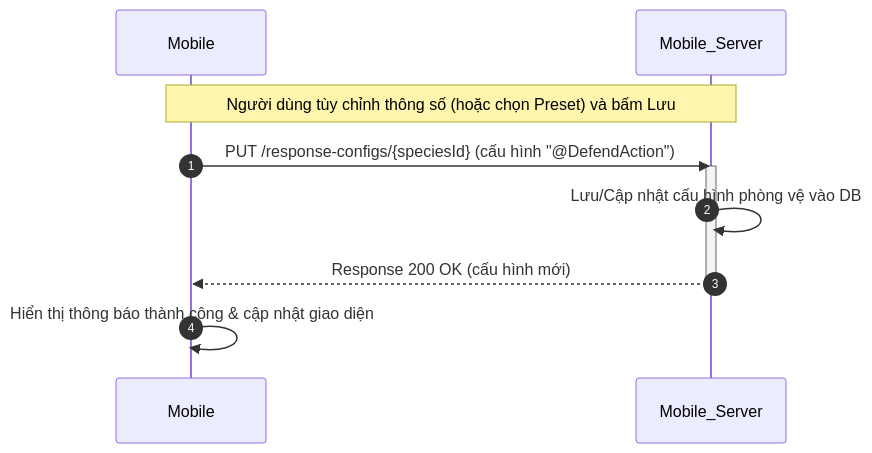
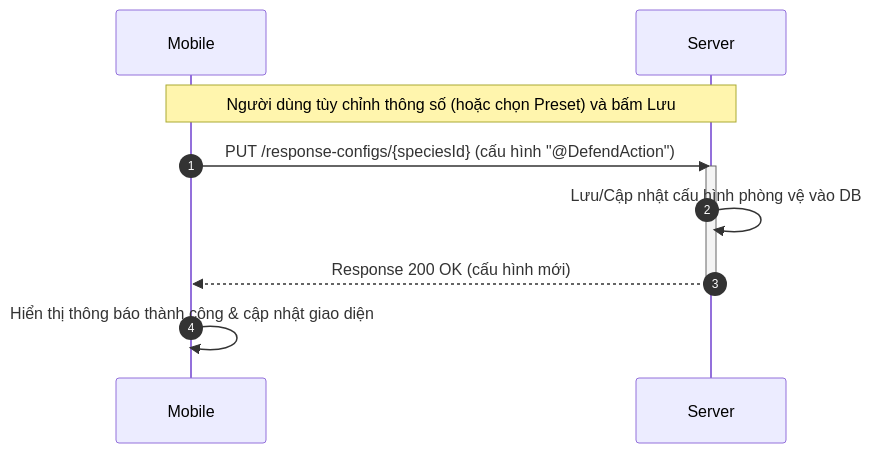
Before and after one commit to trungnguyenthien/Wildlife-Warning-and-Deterrence-System: diagram 13 of 18 in docs/04-sequence-diagram.md, drawn with Mermaid. The commit also changed other lines of this file, not shown here.

Commit message:
docs: update sequence diagram to reflect latest system workflow changes

````diff
--- a/docs/04-sequence-diagram.md
+++ b/docs/04-sequence-diagram.md
@@ -507,14 +507,14 @@
 ```mermaid
 sequenceDiagram
     autonumber
     participant Mobile as Mobile
-    participant Mobile_Server as Mobile_Server
+    participant Server as Server
 
-    Note over Mobile, Mobile_Server: Người dùng tùy chỉnh thông số (hoặc chọn Preset) và bấm Lưu
-    Mobile->>Mobile_Server: PUT /response-configs/{speciesId} (cấu hình "@DefendAction")
-    activate Mobile_Server
-    Mobile_Server->>Mobile_Server: Lưu/Cập nhật cấu hình phòng vệ vào DB
-    Mobile_Server-->>Mobile: Response 200 OK (cấu hình mới)
-    deactivate Mobile_Server
+    Note over Mobile, Server: Người dùng tùy chỉnh thông số (hoặc chọn Preset) và bấm Lưu
+    Mobile->>Server: PUT /response-configs/{speciesId} (cấu hình "@DefendAction")
+    activate Server
+    Server->>Server: Lưu/Cập nhật cấu hình phòng vệ vào DB
+    Server-->>Mobile: Response 200 OK (cấu hình mới)
+    deactivate Server
     Mobile->>Mobile: Hiển thị thông báo thành công & cập nhật giao diện
 ```
````
